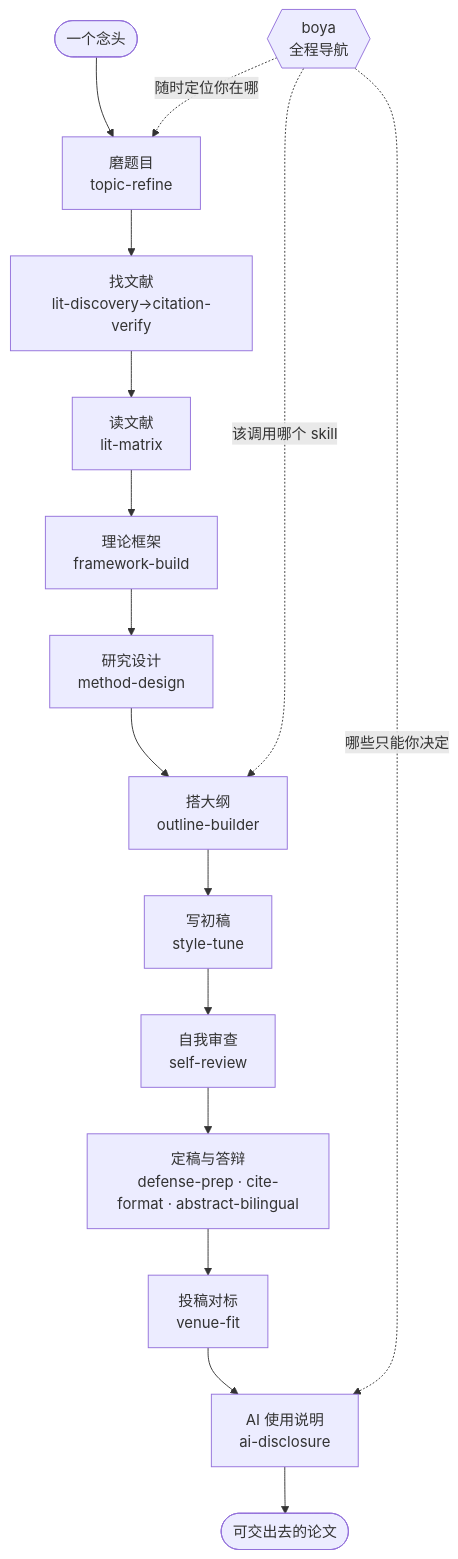
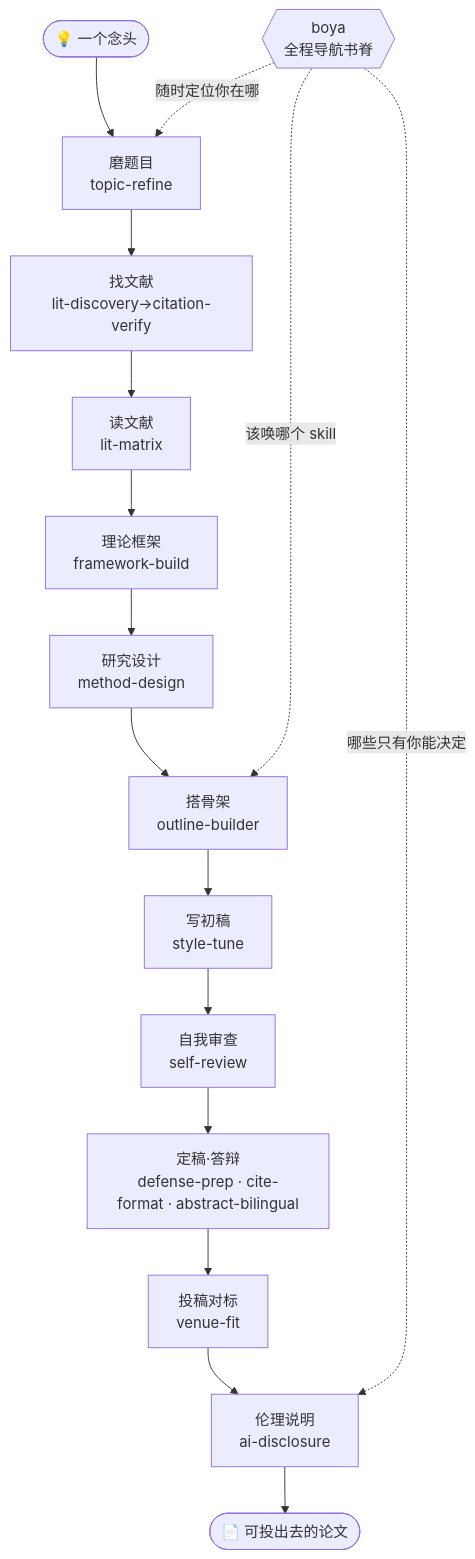
The diagram in README.zh-CN.md (DylanChiang-Dev/BOYA-skills), drawn with Mermaid before and after one commit. The commit also changed other lines of this file and 2 other files, not shown here.

Commit message:
docs: overhaul READMEs with updated project identity, workflow conceptualization, and refined skill documentation

````diff
--- a/README.zh-CN.md
+++ b/README.zh-CN.md
@@ -50,18 +59,18 @@
 ```mermaid
 flowchart TD
-    Start([一个念头]) --> S1[磨题目<br/>topic-refine]
+    Start([💡 一个念头]) --> S1[磨题目<br/>topic-refine]
     S1 --> S2[找文献<br/>lit-discovery→citation-verify]
     S2 --> S3[读文献<br/>lit-matrix]
     S3 --> SF[理论框架<br/>framework-build]
     SF --> S4[研究设计<br/>method-design]
-    S4 --> S5[搭大纲<br/>outline-builder]
+    S4 --> S5[搭骨架<br/>outline-builder]
     S5 --> S6[写初稿<br/>style-tune]
     S6 --> S7[自我审查<br/>self-review]
-    S7 --> S8[定稿与答辩<br/>defense-prep · cite-format · abstract-bilingual]
+    S7 --> S8[定稿·答辩<br/>defense-prep · cite-format · abstract-bilingual]
     S8 --> S9[投稿对标<br/>venue-fit]
-    S9 --> S10[AI 使用说明<br/>ai-disclosure]
-    S10 --> End([可交出去的论文])
-    RM{{boya<br/>全程导航}} -.随时定位你在哪.-> S1
-    RM -.该调用哪个 skill.-> S5
-    RM -.哪些只能你决定.-> S10
+    S9 --> S10[伦理说明<br/>ai-disclosure]
+    S10 --> End([📄 可投出去的论文])
+    RM{{boya<br/>全程导航书脊}} -.随时定位你在哪.-> S1
+    RM -.该唤哪个 skill.-> S5
+    RM -.哪些只有你能决定.-> S10
 ```
````
